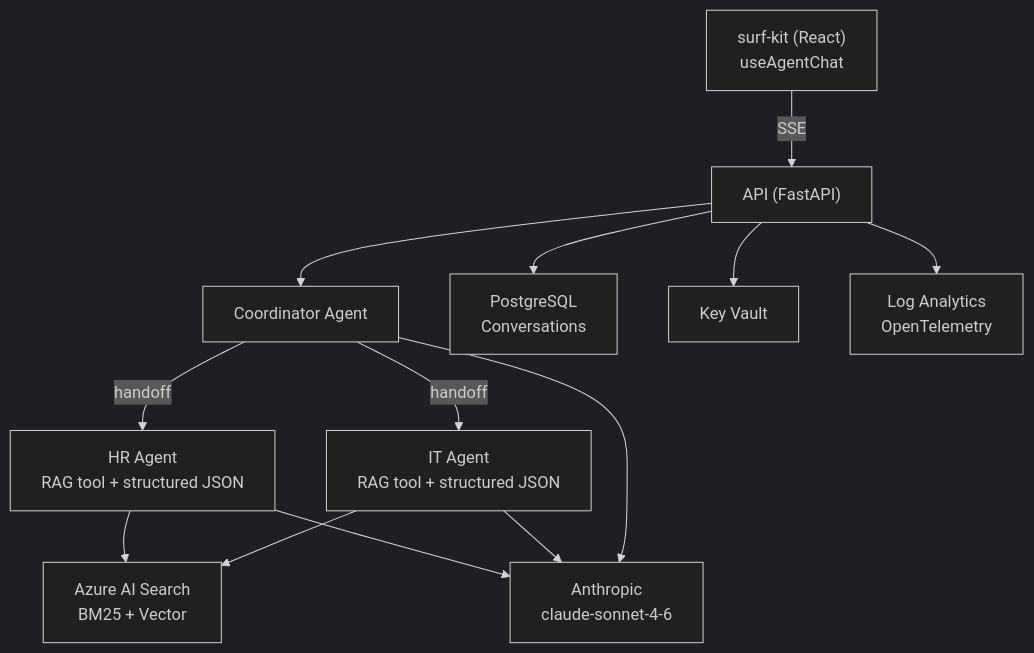
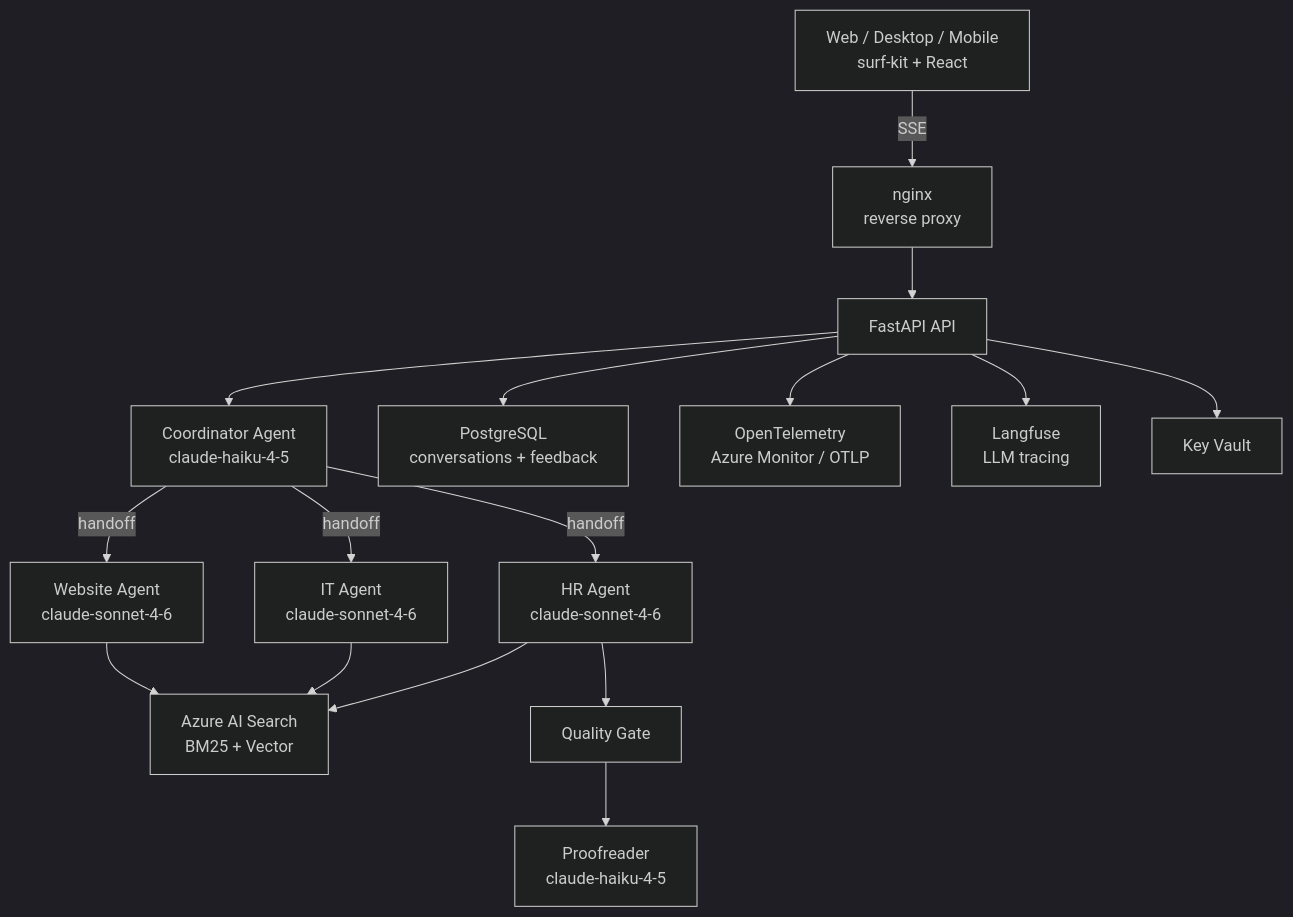
One commit to barney-w/surf changed the diagram in README.md. Above: the diagram before and after it, drawn with Mermaid (dark theme). The commit also changed other lines of this file and 7 other files, not shown here.

````diff
--- a/README.md
+++ b/README.md
@@ -88,26 +50,31 @@
 ```mermaid
 graph TD
-  client["surf-kit (React)<br/>useAgentChat"]
-  api["API (FastAPI)"]
-  coordinator["Coordinator Agent"]
-  hr_agent["HR Agent<br/>RAG tool + structured JSON"]
-  it_agent["IT Agent<br/>RAG tool + structured JSON"]
-  aisearch["Azure AI Search<br/>BM25 + Vector"]
-  anthropic["Anthropic<br/>claude-sonnet-4-6"]
-  postgres["PostgreSQL<br/>Conversations"]
+  web["Web / Desktop / Mobile<br/>surf-kit + React"]
+  nginx["nginx<br/>reverse proxy"]
+  api["FastAPI API"]
+  coordinator["Coordinator Agent<br/>claude-haiku-4-5"]
+  hr["HR Agent<br/>claude-sonnet-4-6"]
+  it["IT Agent<br/>claude-sonnet-4-6"]
+  website["Website Agent<br/>claude-sonnet-4-6"]
+  rag["Azure AI Search<br/>BM25 + Vector"]
+  proofread["Proofreader<br/>claude-haiku-4-5"]
+  qg["Quality Gate"]
+  postgres["PostgreSQL<br/>conversations + feedback"]
+  otel["OpenTelemetry<br/>Azure Monitor / OTLP"]
+  langfuse["Langfuse<br/>LLM tracing"]
   keyvault["Key Vault"]
-  logs["Log Analytics<br/>OpenTelemetry"]
 
-  client -->|SSE| api
+  web -->|SSE| nginx --> api
   api --> coordinator
-  coordinator -->|handoff| hr_agent
-  coordinator -->|handoff| it_agent
-  hr_agent --> aisearch
-  it_agent --> aisearch
-  hr_agent --> anthropic
-  it_agent --> anthropic
-  coordinator --> anthropic
+  coordinator -->|handoff| hr
+  coordinator -->|handoff| it
+  coordinator -->|handoff| website
+  hr --> rag
+  it --> rag
+  website --> rag
+  hr --> qg --> proofread
   api --> postgres
+  api --> otel
+  api --> langfuse
   api --> keyvault
-  api --> logs
 ```
````
